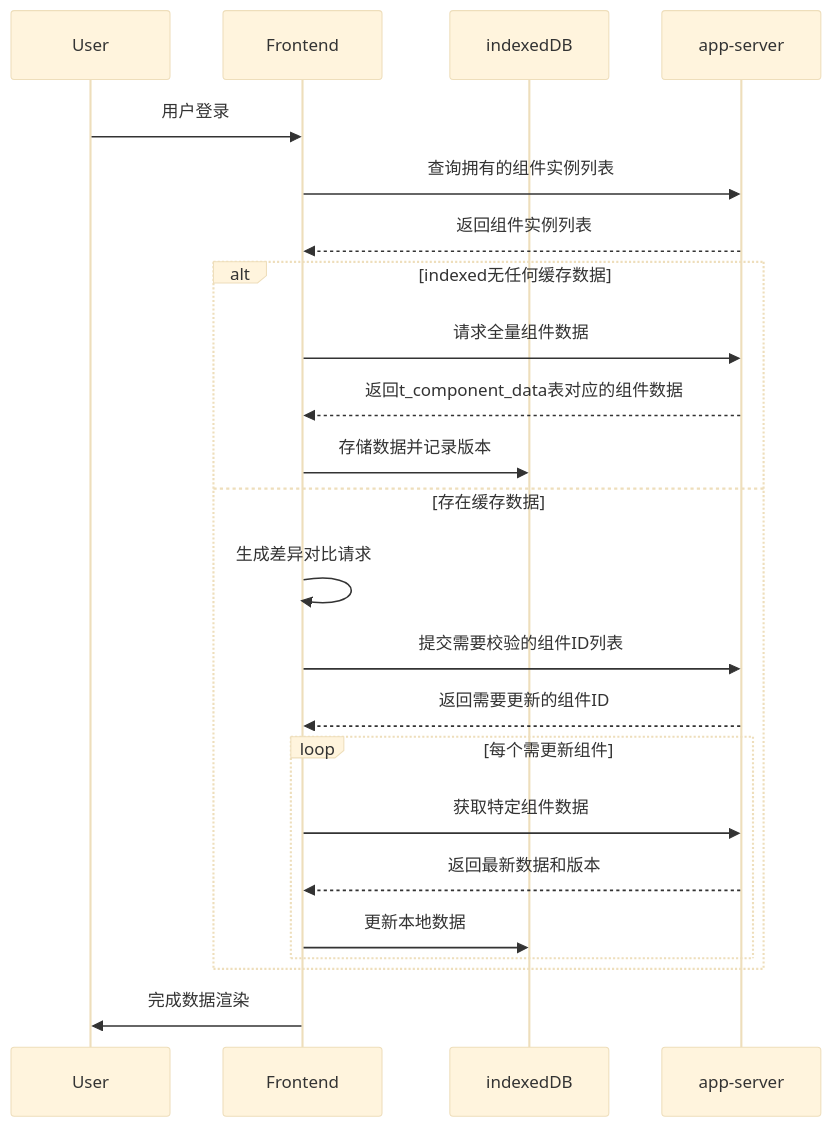
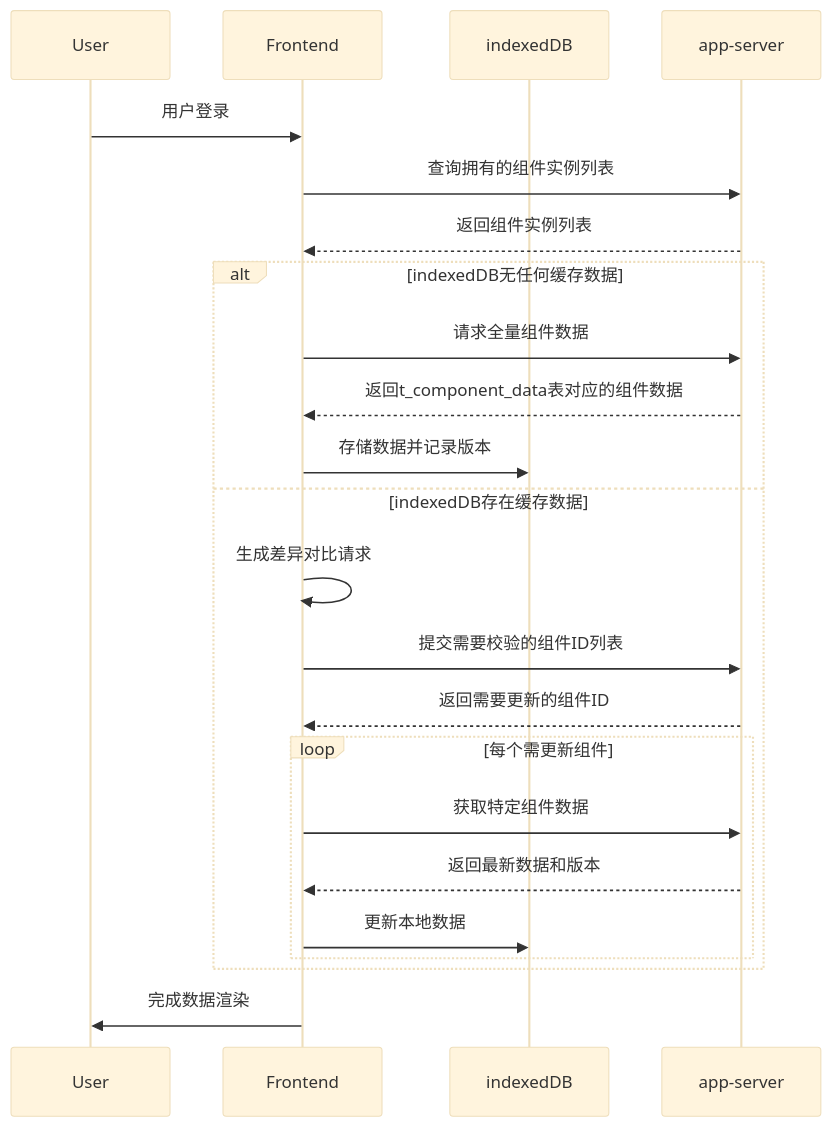
The diagram in all/未命名-24.md (yingjianzh/iodraw-files), drawn with Mermaid (base theme) before and after one commit.

Commit message:
2025-02-24 17:09:10 update

````diff
--- a/all/未命名-24.md
+++ b/all/未命名-24.md
@@ -1,27 +1,27 @@
 ```mermaid
 sequenceDiagram
     participant User
     participant Frontend
     participant indexedDB
     participant app-server
 
     User->>Frontend: 用户登录
     Frontend->>app-server: 查询拥有的组件实例列表
     app-server-->>Frontend: 返回组件实例列表
     
-    alt indexed无任何缓存数据
+    alt indexedDB无任何缓存数据
         Frontend->>app-server: 请求全量组件数据
         app-server-->>Frontend: 返回t_component_data表对应的组件数据
         Frontend->>indexedDB: 存储数据并记录版本
-    else 存在缓存数据
+    else indexedDB存在缓存数据
         Frontend->>Frontend: 生成差异对比请求
         Frontend->>app-server: 提交需要校验的组件ID列表
         app-server-->>Frontend: 返回需要更新的组件ID
         loop 每个需更新组件
             Frontend->>app-server: 获取特定组件数据
             app-server-->>Frontend: 返回最新数据和版本
             Frontend->>indexedDB: 更新本地数据
         end
     end
     Frontend->>User: 完成数据渲染
 ```
````
